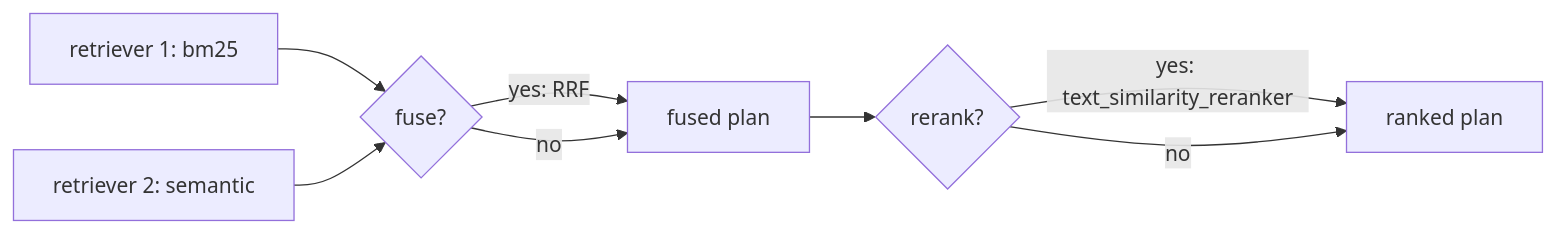
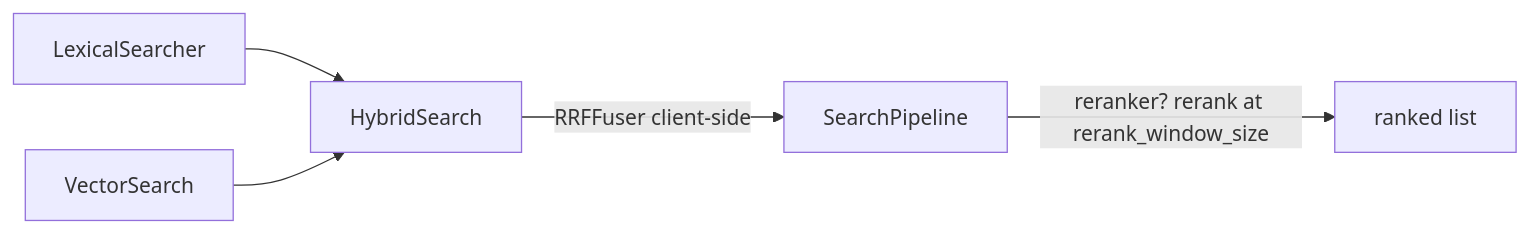
Before and after one commit to TensorOpt/search-rag-evaluation: the third of 4 diagrams in docs/experiment.md, drawn with Mermaid. The commit also changed other lines of this file and 10 other files, not shown here.

````diff
--- a/docs/experiment.md
+++ b/docs/experiment.md
@@ -373,10 +371,7 @@
 ```mermaid
 flowchart LR
-  R1[retriever 1: bm25] --> F{fuse?}
-  R2[retriever 2: semantic] --> F
-  F -->|yes: RRF| K[fused plan]
-  F -->|no| K
-  K --> RR{rerank?}
-  RR -->|yes: text_similarity_reranker| OUT[ranked plan]
-  RR -->|no| OUT
+  L[LexicalSearcher] --> H[HybridSearch]
+  V[VectorSearch] --> H
+  H -->|RRFFuser client-side| SP[SearchPipeline]
+  SP -->|reranker? rerank at rerank_window_size| OUT[ranked list]
 ```
````
